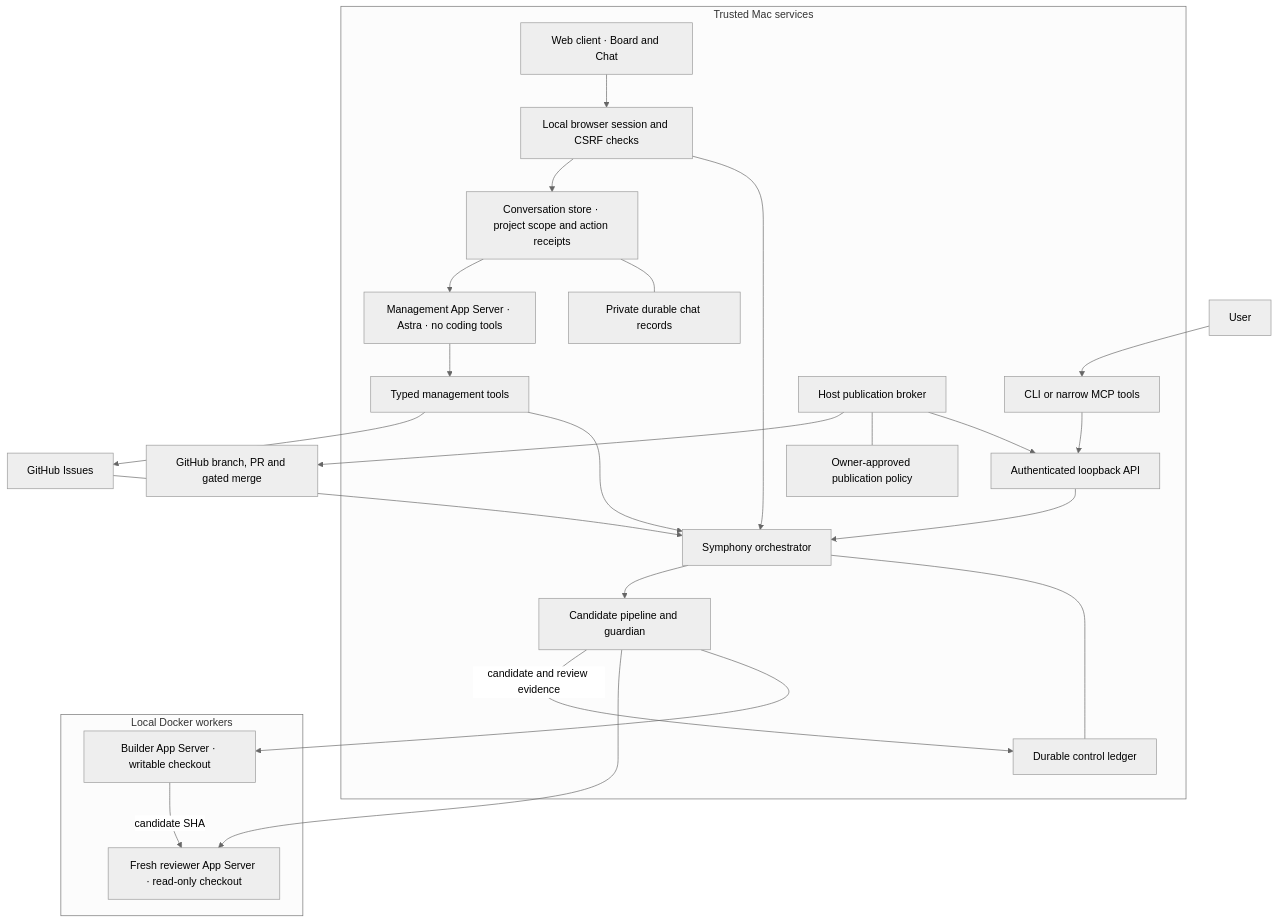
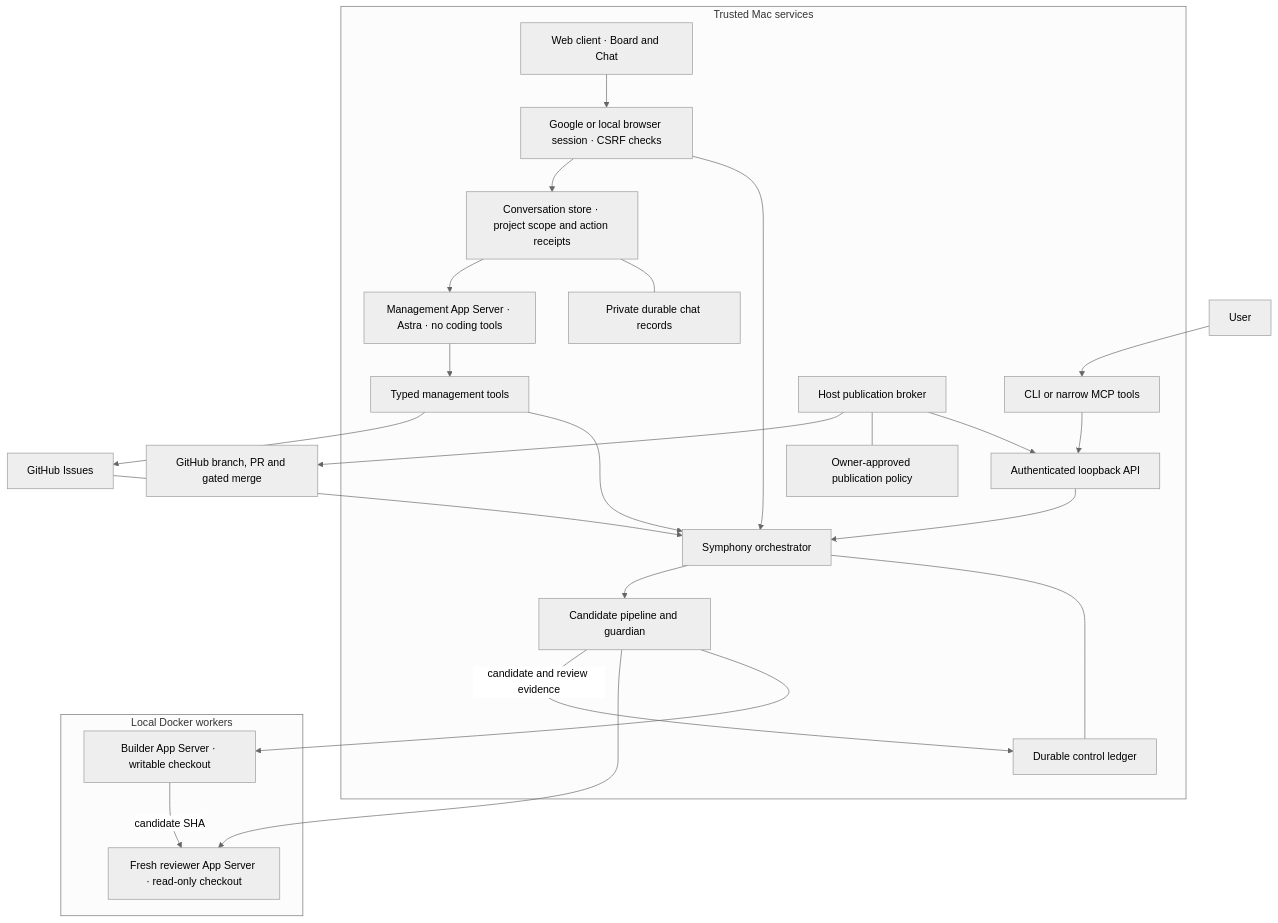
One commit to iliazlobin/symphony changed the diagram in ARCHITECTURE.md. Above: the diagram before and after it, drawn with Mermaid (neutral theme). The commit also changed other lines of this file and 39 other files, not shown here.

Commit message:
Add Google browser sign-in and revocable operator sessions

````diff
--- a/ARCHITECTURE.md
+++ b/ARCHITECTURE.md
@@ -31,30 +31,30 @@
 ```mermaid
 flowchart TB
   User["User"] --> Client["CLI or narrow MCP tools"]
   subgraph Mac["Trusted Mac services"]
-    Web["Web client · Board and Chat"] --> Browser["Local browser session and CSRF checks"]
+    Web["Web client · Board and Chat"] --> Browser["Google or local browser session · CSRF checks"]
     Browser --> Scheduler
     Browser --> Chat["Conversation store · project scope and action receipts"]
     Chat --- History["Private durable chat records"]
     Chat --> Runtime["Management App Server · Astra · no coding tools"]
     Runtime --> Tools["Typed management tools"]
     Tools --> Scheduler
     Client --> API["Authenticated loopback API"]
     API --> Scheduler["Symphony orchestrator"]
     Scheduler --- Ledger["Durable control ledger"]
     Scheduler --> Pipeline["Candidate pipeline and guardian"]
     Broker["Host publication broker"] --> API
     Broker --- Policy["Owner-approved publication policy"]
   end
   subgraph Docker["Local Docker workers"]
     Builder["Builder App Server · writable checkout"]
     Reviewer["Fresh reviewer App Server · read-only checkout"]
     Builder -->|"candidate SHA"| Reviewer
   end
   GitHub["GitHub Issues"] --> Scheduler
   Tools --> GitHub
   Pipeline --> Builder
   Pipeline --> Reviewer
   Pipeline -->|"candidate and review evidence"| Ledger
   Broker --> PR["GitHub branch, PR and gated merge"]
 ```
````
